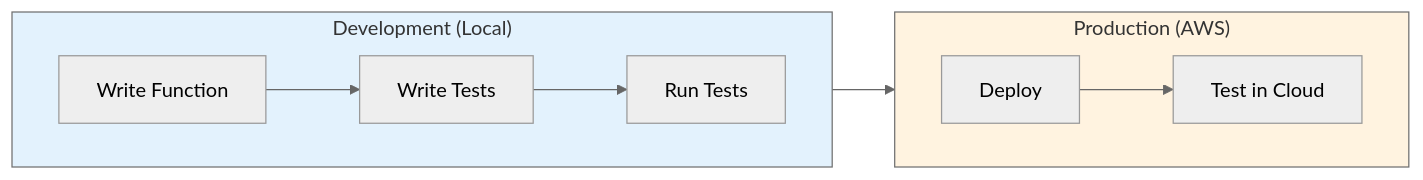
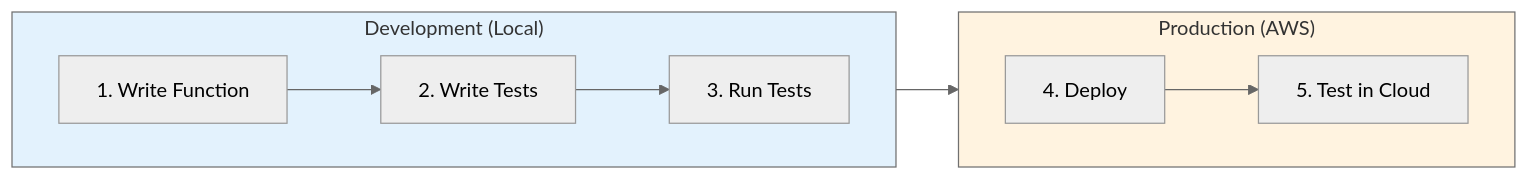
Before and after one commit to aws/aws-durable-execution-docs: the diagram in docs/getting-started/development-environment.md, drawn with Mermaid (neutral theme). The commit also changed other lines of this file, not shown here.

Commit message:
docs: restore flowchart numbering and port numbers to headings
Add 1.-5. to both the flowchart step nodes and the matching workflow
section headings so they stay in sync (1. Write Function ... 5. Test in Cloud).

````diff
--- a/docs/getting-started/development-environment.md
+++ b/docs/getting-started/development-environment.md
@@ -16,20 +16,20 @@
 ```mermaid
 flowchart LR
     subgraph dev["Development (Local)"]
         direction LR
-        A["Write Function"]
-        B["Write Tests"]
-        C["Run Tests"]
+        A["1. Write Function"]
+        B["2. Write Tests"]
+        C["3. Run Tests"]
     end
 
     subgraph prod["Production (AWS)"]
         direction LR
-        D["Deploy"]
-        E["Test in Cloud"]
+        D["4. Deploy"]
+        E["5. Test in Cloud"]
     end
 
     A --> B --> C --> D --> E
 
     style dev fill:#e3f2fd
     style prod fill:#fff3e0
 ```
````
